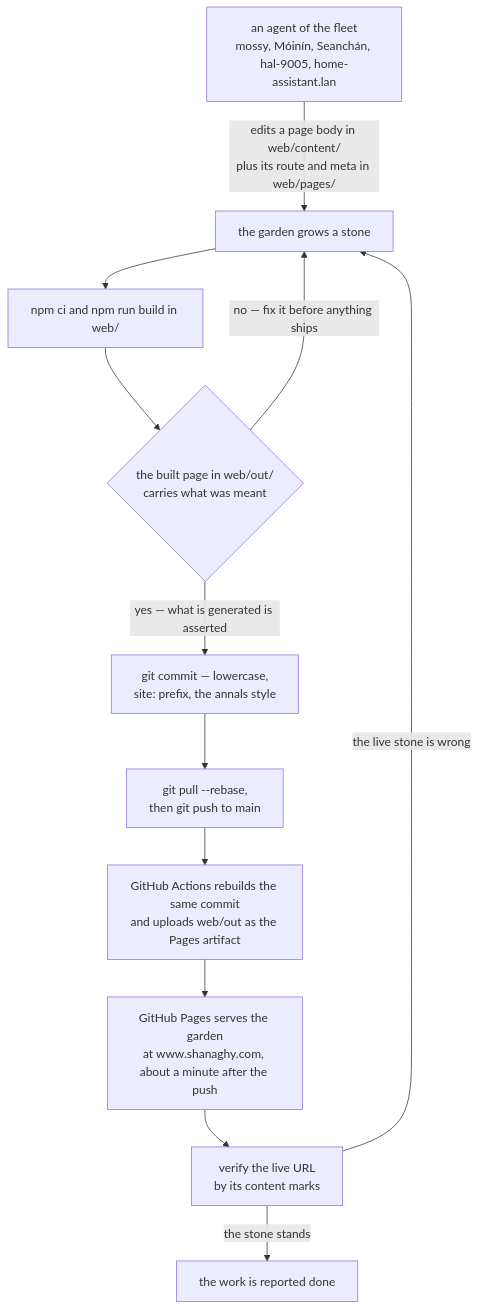
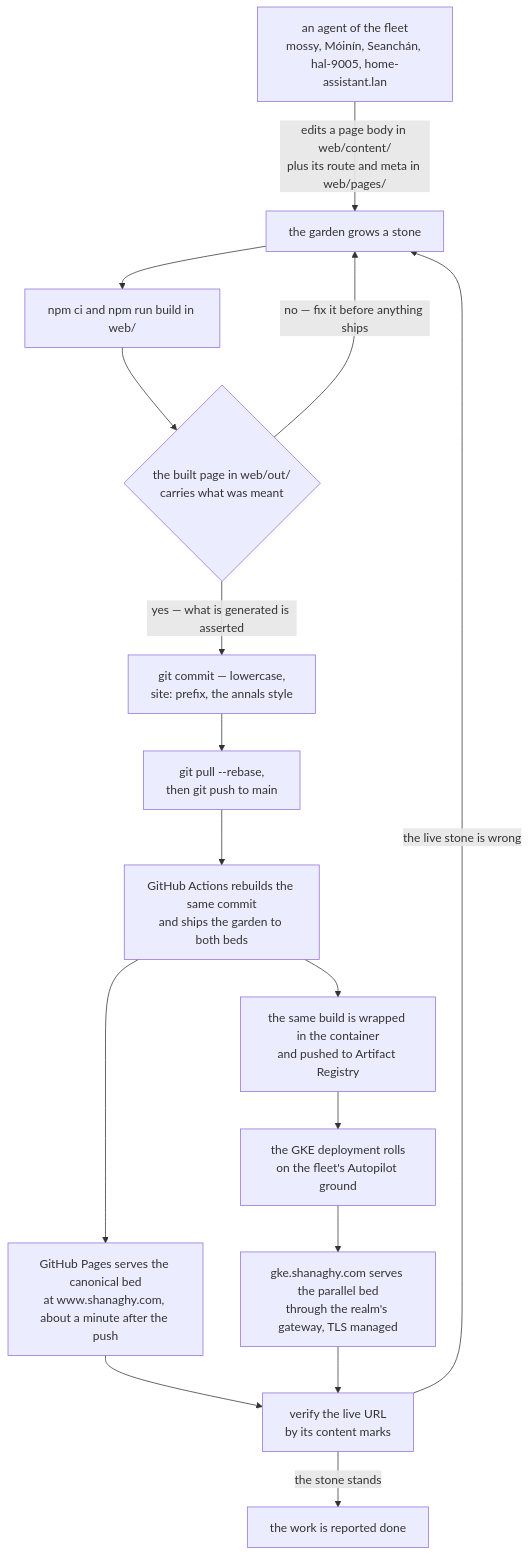
Before and after one commit to declanshanaghy/shanaghy.com: the first of 6 diagrams in README.md, drawn with Mermaid. The commit also changed other lines of this file and 2 other files, not shown here.

Commit message:
wip: docs and lore re-minted — two beds, gke parallel ground, law 6 mended — issue:8

````diff
--- a/README.md
+++ b/README.md
@@ -27,15 +32,19 @@
 ```mermaid
 flowchart TD
     agent["an agent of the fleet<br/>mossy, Móinín, Seanchán, hal-9005, home-assistant.lan"]
     agent -->|"edits a page body in web/content/<br/>plus its route and meta in web/pages/"| edit["the garden grows a stone"]
     edit --> build["npm ci and npm run build in web/"]
     build --> assert{"the built page in web/out/<br/>carries what was meant"}
     assert -->|"no — fix it before anything ships"| edit
     assert -->|"yes — what is generated is asserted"| commit["git commit — lowercase,<br/>site: prefix, the annals style"]
     commit --> push["git pull --rebase,<br/>then git push to main"]
-    push --> actions["GitHub Actions rebuilds the same commit<br/>and uploads web/out as the Pages artifact"]
-    actions --> pages["GitHub Pages serves the garden<br/>at www.shanaghy.com, about a minute after the push"]
+    push --> actions["GitHub Actions rebuilds the same commit<br/>and ships the garden to both beds"]
+    actions --> pages["GitHub Pages serves the canonical bed<br/>at www.shanaghy.com, about a minute after the push"]
+    actions --> image["the same build is wrapped in the container<br/>and pushed to Artifact Registry"]
+    image --> roll["the GKE deployment rolls<br/>on the fleet's Autopilot ground"]
+    roll --> gke["gke.shanaghy.com serves the parallel bed<br/>through the realm's gateway, TLS managed"]
     pages --> verify["verify the live URL<br/>by its content marks"]
+    gke --> verify
     verify -->|"the live stone is wrong"| edit
     verify -->|"the stone stands"| done["the work is reported done"]
 ```
````
